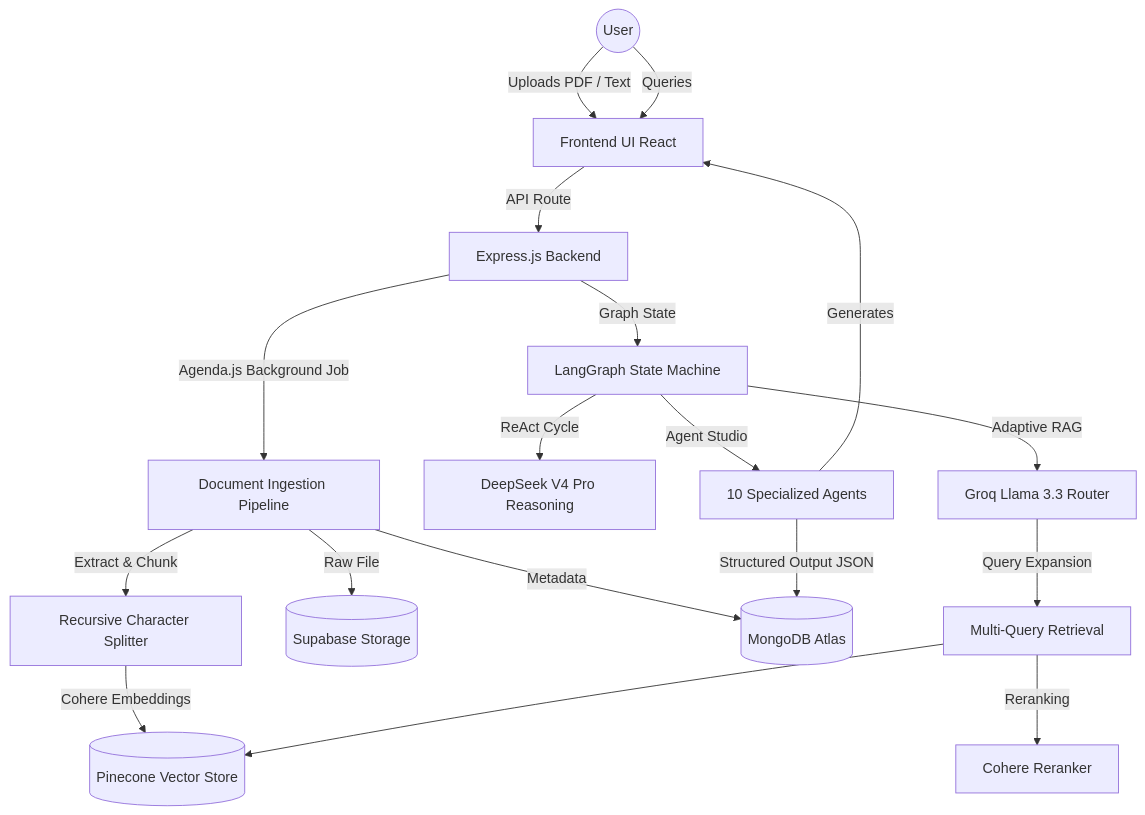
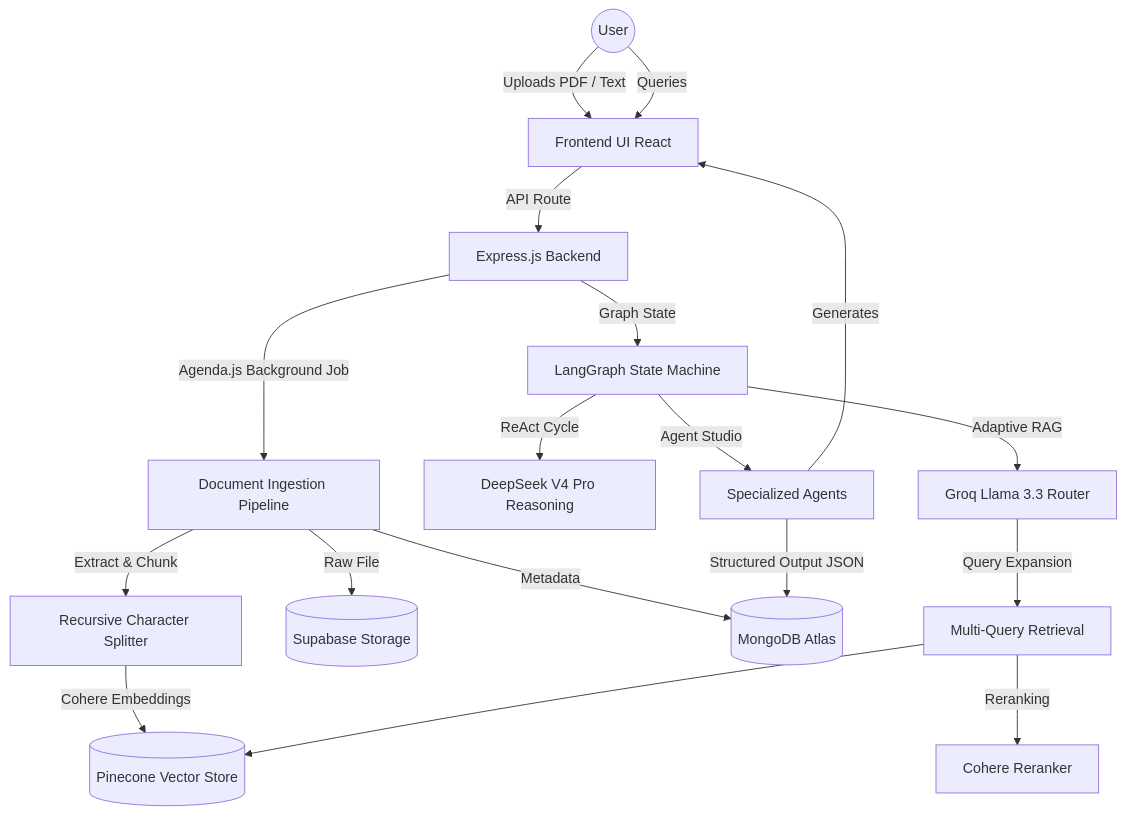
Before and after one commit to Dev-6106/NoteAtlas: the diagram in README.md, drawn with Mermaid. The commit also changed other lines of this file and 5 other files, not shown here.

````diff
--- a/README.md
+++ b/README.md
@@ -156,25 +201,25 @@
 ```mermaid
 graph TD
     User(("User")) -->|"Uploads PDF / Text"| UI["Frontend UI React"]
     User -->|"Queries"| UI
     
     UI -->|"API Route"| Express["Express.js Backend"]
     
     Express -->|"Agenda.js Background Job"| Ingest["Document Ingestion Pipeline"]
     Ingest -->|"Extract & Chunk"| Chunking["Recursive Character Splitter"]
     Chunking -->|"Cohere Embeddings"| Pinecone[("Pinecone Vector Store")]
     Ingest -->|"Raw File"| Supabase[("Supabase Storage")]
     Ingest -->|"Metadata"| Mongo[("MongoDB Atlas")]
     
     Express -->|"Graph State"| LangGraph["LangGraph State Machine"]
     LangGraph -->|"ReAct Cycle"| DeepSeek["DeepSeek V4 Pro Reasoning"]
     
     LangGraph -->|"Adaptive RAG"| Router["Groq Llama 3.3 Router"]
     Router -->|"Query Expansion"| Retrieval["Multi-Query Retrieval"]
     Retrieval --> Pinecone
     Retrieval -->|"Reranking"| Cohere["Cohere Reranker"]
     
-    LangGraph -->|"Agent Studio"| Special["10 Specialized Agents"]
+    LangGraph -->|"Agent Studio"| Special["Specialized Agents"]
     Special -->|"Structured Output JSON"| Mongo
     Special -->|"Generates"| UI
 ```
````
